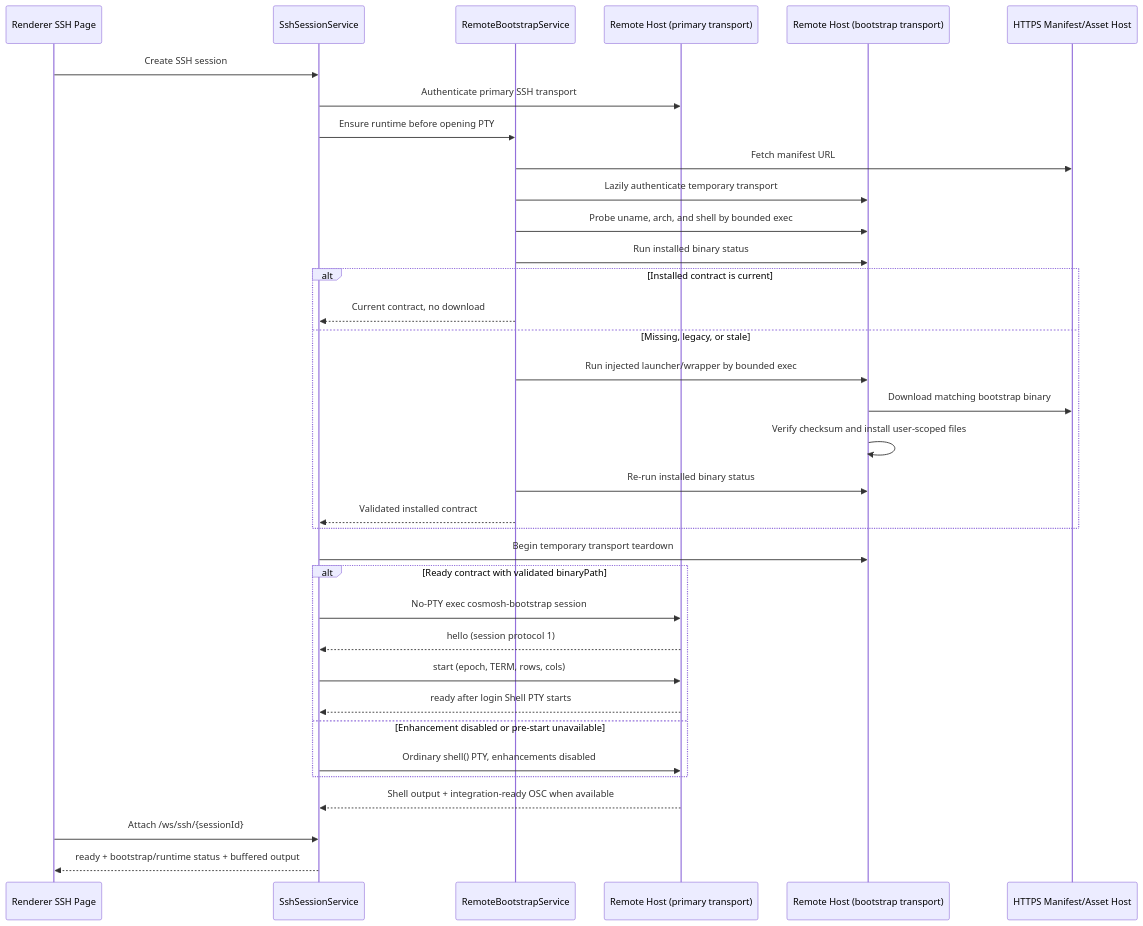
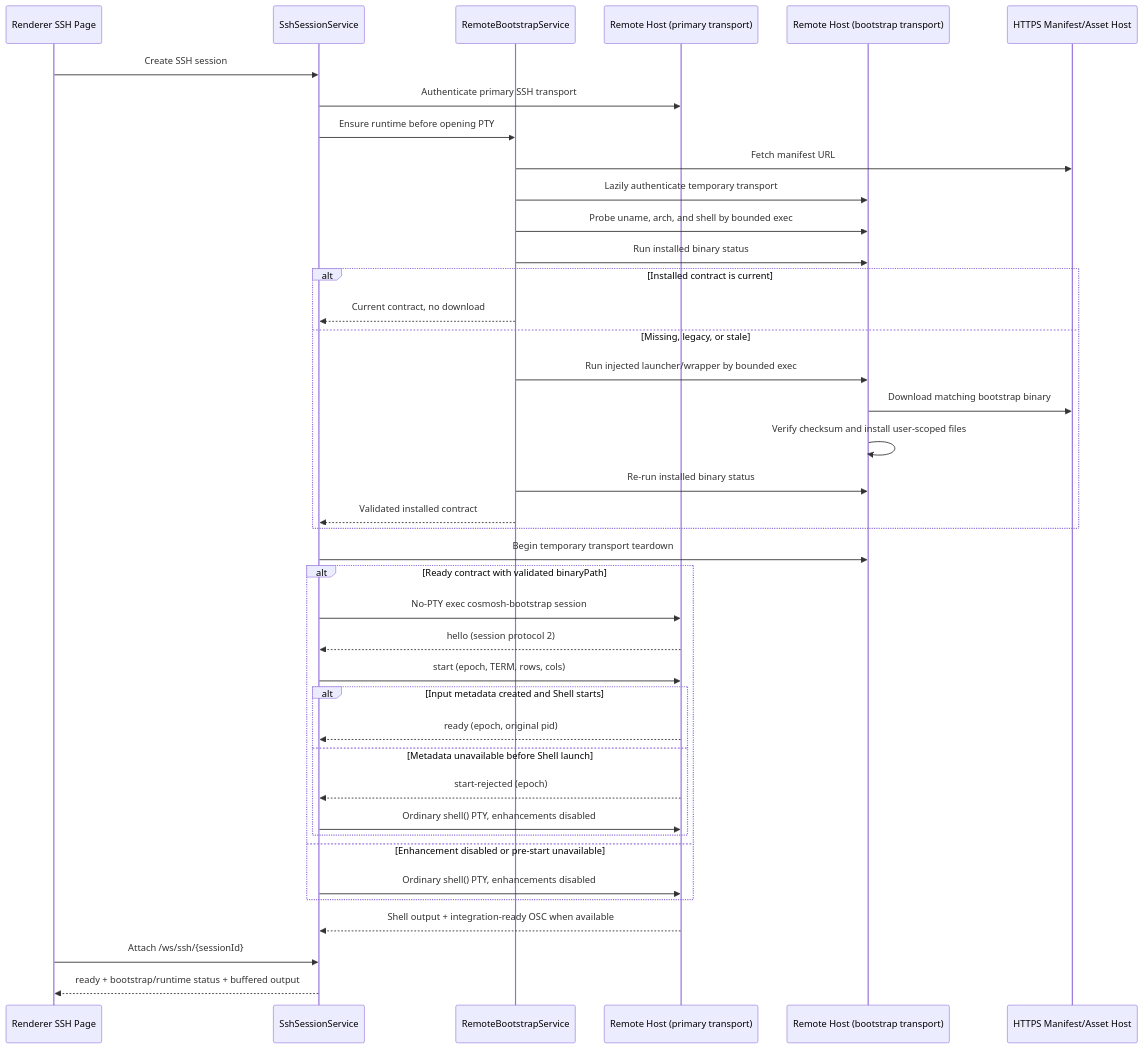
One commit to agoudbg/Cosmosh changed the third of 5 diagrams in docs/developer/runtime/ssh-terminal.md. Above: the diagram before and after it, drawn with Mermaid. The commit also changed other lines of this file and 82 other files, not shown here.

Commit message:
fix(terminal): require delivered input before editor operations

````diff
--- a/docs/developer/runtime/ssh-terminal.md
+++ b/docs/developer/runtime/ssh-terminal.md
@@ -416,38 +419,43 @@
 ```mermaid
 sequenceDiagram
   participant UI as Renderer SSH Page
   participant SSH as SshSessionService
   participant BOOT as RemoteBootstrapService
   participant PRIMARY as Remote Host (primary transport)
   participant AUX as Remote Host (bootstrap transport)
   participant REL as HTTPS Manifest/Asset Host
 
   UI->>SSH: Create SSH session
   SSH->>PRIMARY: Authenticate primary SSH transport
   SSH->>BOOT: Ensure runtime before opening PTY
   BOOT->>REL: Fetch manifest URL
   BOOT->>AUX: Lazily authenticate temporary transport
   BOOT->>AUX: Probe uname, arch, and shell by bounded exec
   BOOT->>AUX: Run installed binary status
   alt Installed contract is current
     BOOT-->>SSH: Current contract, no download
   else Missing, legacy, or stale
     BOOT->>AUX: Run injected launcher/wrapper by bounded exec
     AUX->>REL: Download matching bootstrap binary
     AUX->>AUX: Verify checksum and install user-scoped files
     BOOT->>AUX: Re-run installed binary status
     BOOT-->>SSH: Validated installed contract
   end
   SSH->>AUX: Begin temporary transport teardown
   alt Ready contract with validated binaryPath
     SSH->>PRIMARY: No-PTY exec cosmosh-bootstrap session
-    PRIMARY-->>SSH: hello (session protocol 1)
+    PRIMARY-->>SSH: hello (session protocol 2)
     SSH->>PRIMARY: start (epoch, TERM, rows, cols)
-    PRIMARY-->>SSH: ready after login Shell PTY starts
+    alt Input metadata created and Shell starts
+      PRIMARY-->>SSH: ready (epoch, original pid)
+    else Metadata unavailable before Shell launch
+      PRIMARY-->>SSH: start-rejected (epoch)
+      SSH->>PRIMARY: Ordinary shell() PTY, enhancements disabled
+    end
   else Enhancement disabled or pre-start unavailable
     SSH->>PRIMARY: Ordinary shell() PTY, enhancements disabled
   end
   PRIMARY-->>SSH: Shell output + integration-ready OSC when available
   UI->>SSH: Attach /ws/ssh/{sessionId}
   SSH-->>UI: ready + bootstrap/runtime status + buffered output
 ```
````
